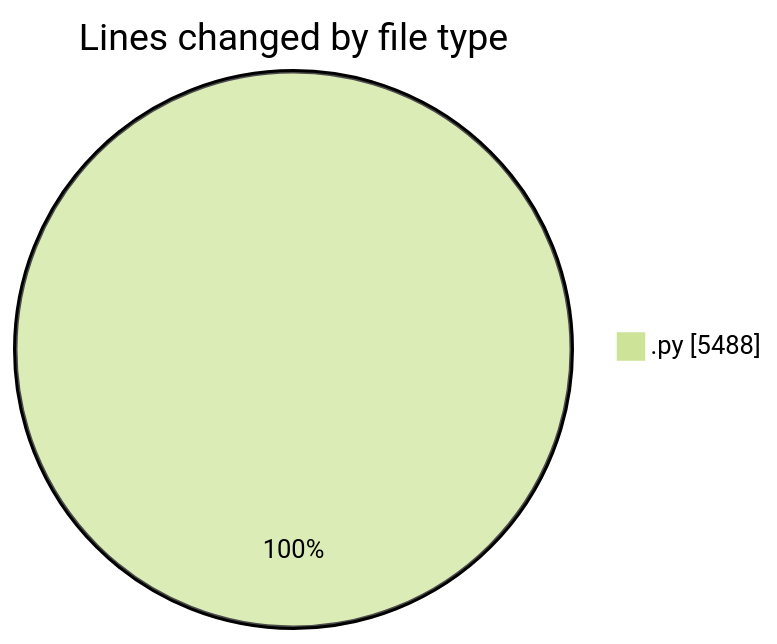
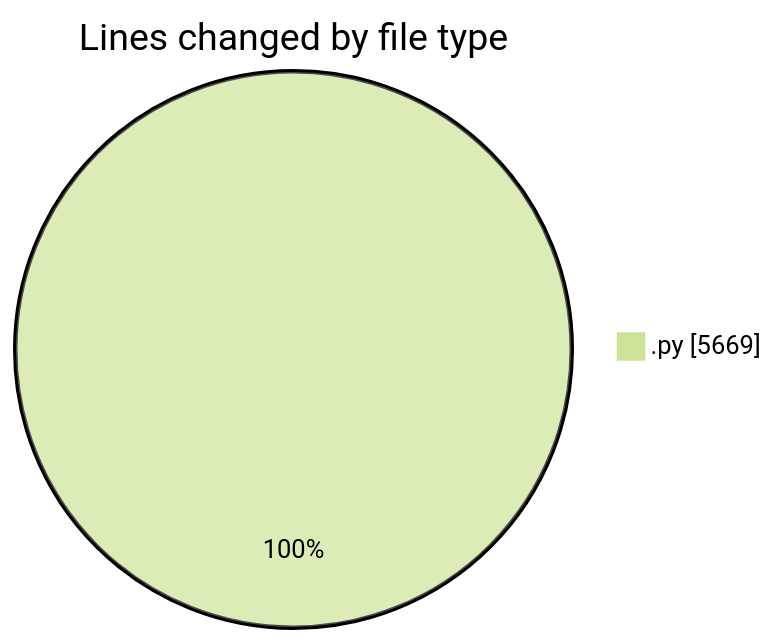
Before and after one commit to MatusMokan/code-tracking: the first of 2 diagrams in 2025-04-12/myws__workspace_/README.md, drawn with Mermaid (forest theme). The commit also changed other lines of this file and 1 other file, not shown here.

````diff
--- a/2025-04-12/myws__workspace_/README.md
+++ b/2025-04-12/myws__workspace_/README.md
@@ -26,5 +26,5 @@
 ```mermaid
 pie showData
 title Lines changed by file type
-".py" : 5488
+".py" : 5669
 ```
````
